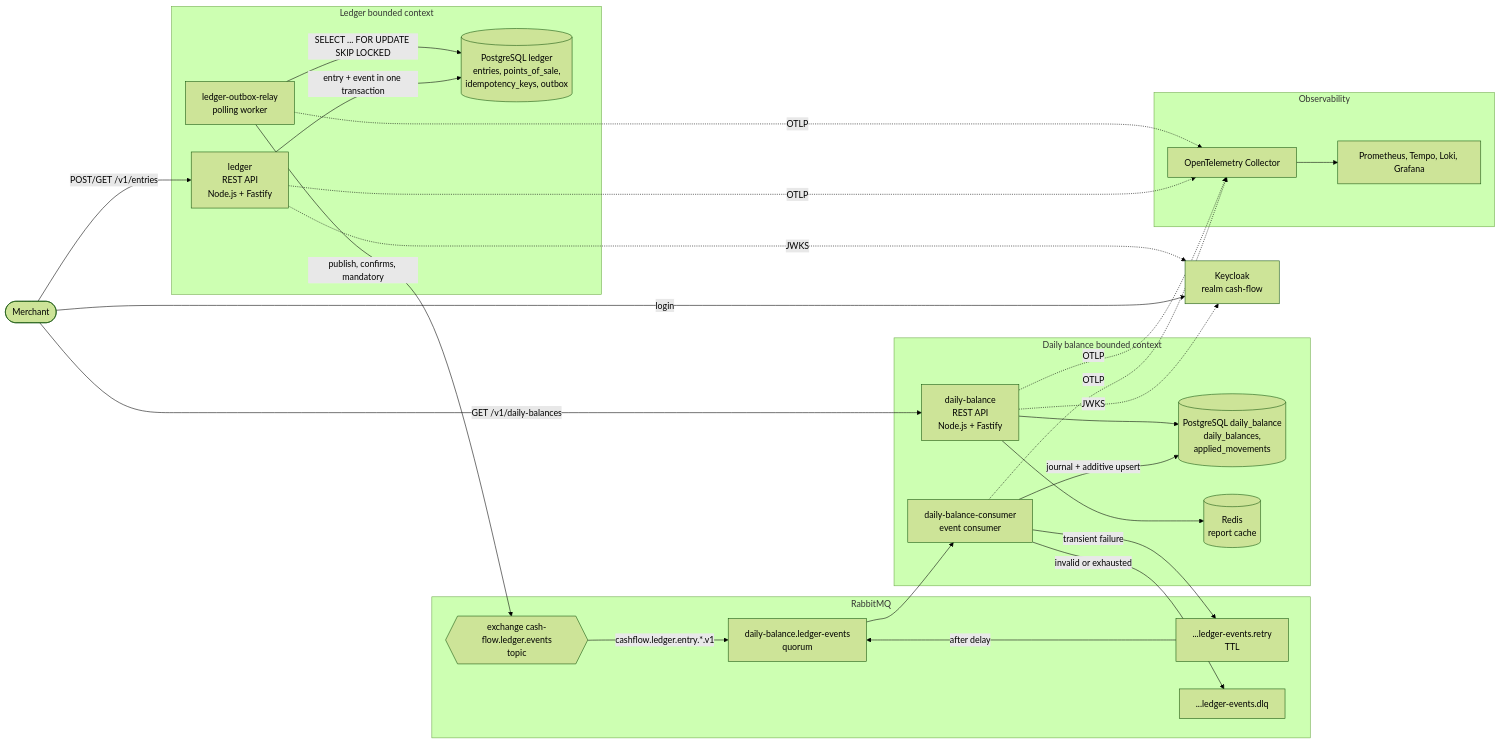
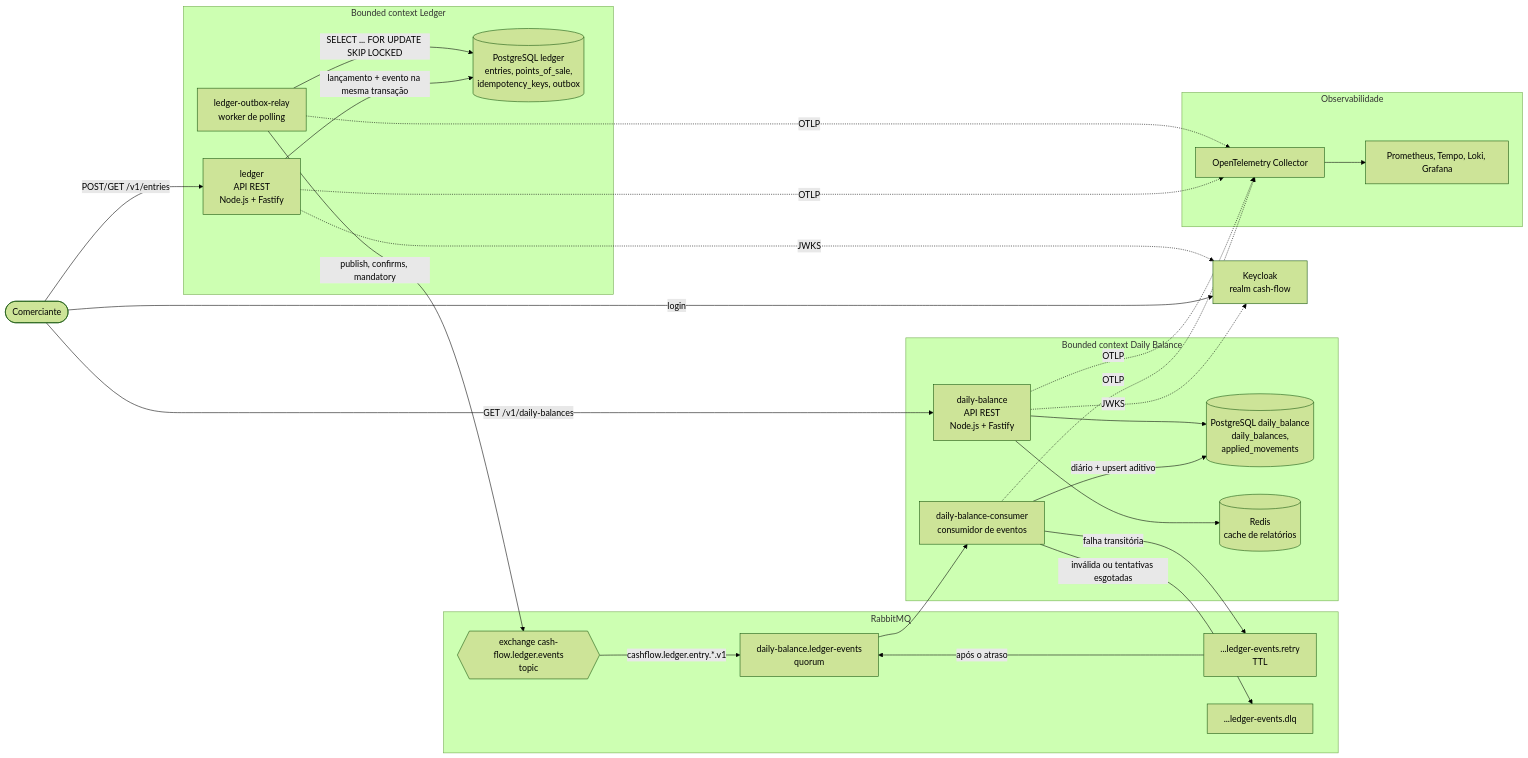
Before and after one commit to joaorizzont/cash-flow-test: the second of 8 diagrams in docs/03-target-architecture.md, drawn with Mermaid (forest theme). The commit also changed other lines of this file and 23 other files, not shown here.

First line of the commit message:
docs: translate architecture documentation to portuguese

````diff
--- a/docs/03-target-architecture.md
+++ b/docs/03-target-architecture.md
@@ -46,49 +46,49 @@
 ```mermaid
 flowchart LR
-  user(["Merchant"])
+  user(["Comerciante"])
   kc["Keycloak<br/>realm cash-flow"]
 
-  subgraph ledgerCtx["Ledger bounded context"]
-    ledger["ledger<br/>REST API<br/>Node.js + Fastify"]
-    relay["ledger-outbox-relay<br/>polling worker"]
+  subgraph ledgerCtx["Bounded context Ledger"]
+    ledger["ledger<br/>API REST<br/>Node.js + Fastify"]
+    relay["ledger-outbox-relay<br/>worker de polling"]
     ldb[("PostgreSQL ledger<br/>entries, points_of_sale,<br/>idempotency_keys, outbox")]
   end
 
   subgraph broker["RabbitMQ"]
     ex{{"exchange cash-flow.ledger.events<br/>topic"}}
     q["daily-balance.ledger-events<br/>quorum"]
     rq["...ledger-events.retry<br/>TTL"]
     dlq["...ledger-events.dlq"]
   end
 
-  subgraph balanceCtx["Daily balance bounded context"]
-    consumer["daily-balance-consumer<br/>event consumer"]
-    api["daily-balance<br/>REST API<br/>Node.js + Fastify"]
+  subgraph balanceCtx["Bounded context Daily Balance"]
+    consumer["daily-balance-consumer<br/>consumidor de eventos"]
+    api["daily-balance<br/>API REST<br/>Node.js + Fastify"]
     bdb[("PostgreSQL daily_balance<br/>daily_balances,<br/>applied_movements")]
-    redis[("Redis<br/>report cache")]
+    redis[("Redis<br/>cache de relatórios")]
   end
 
-  subgraph obs["Observability"]
+  subgraph obs["Observabilidade"]
     otel["OpenTelemetry Collector"]
     stack["Prometheus, Tempo, Loki, Grafana"]
   end
 
   user -->|"POST/GET /v1/entries"| ledger
   user -->|"GET /v1/daily-balances"| api
   user -->|login| kc
-  ledger -->|"entry + event in one transaction"| ldb
+  ledger -->|"lançamento + evento na mesma transação"| ldb
   relay -->|"SELECT ... FOR UPDATE SKIP LOCKED"| ldb
   relay -->|"publish, confirms, mandatory"| ex
   ex -->|"cashflow.ledger.entry.*.v1"| q
   q --> consumer
-  consumer -->|"transient failure"| rq
-  rq -->|"after delay"| q
-  consumer -->|"invalid or exhausted"| dlq
-  consumer -->|"journal + additive upsert"| bdb
+  consumer -->|"falha transitória"| rq
+  rq -->|"após o atraso"| q
+  consumer -->|"inválida ou tentativas esgotadas"| dlq
+  consumer -->|"diário + upsert aditivo"| bdb
   api --> redis
   api --> bdb
   ledger -.->|JWKS| kc
   api -.->|JWKS| kc
   ledger & relay & consumer & api -.->|OTLP| otel
   otel --> stack
 ```
````
